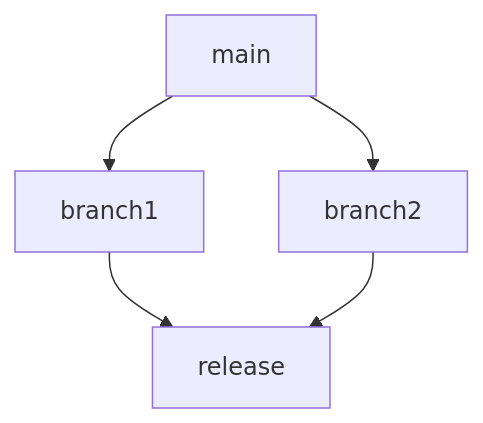
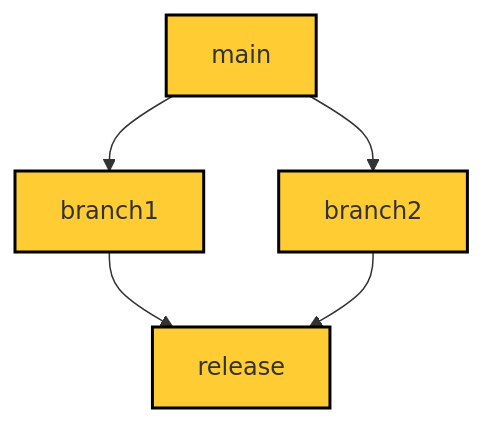
Before and after one commit to diwagers/pg-test-repo: the first of 2 diagrams in README.md, drawn with Mermaid. The commit also changed other lines of this file, not shown here.

````diff
--- a/README.md
+++ b/README.md
@@ -4,7 +4,8 @@
 ```mermaid
 graph TD
 main-->branch1
 main-->branch2
 branch1-->release
 branch2-->release
+classDef default fill:#ffcc33,stroke:#000000,stroke-width:2px
 ```
````
